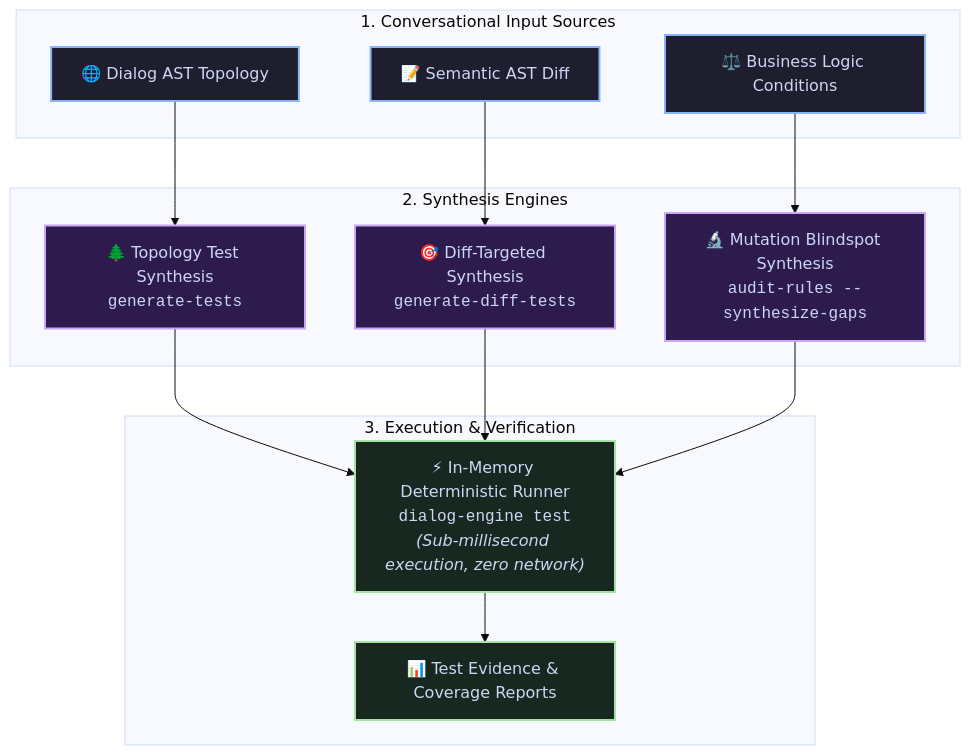
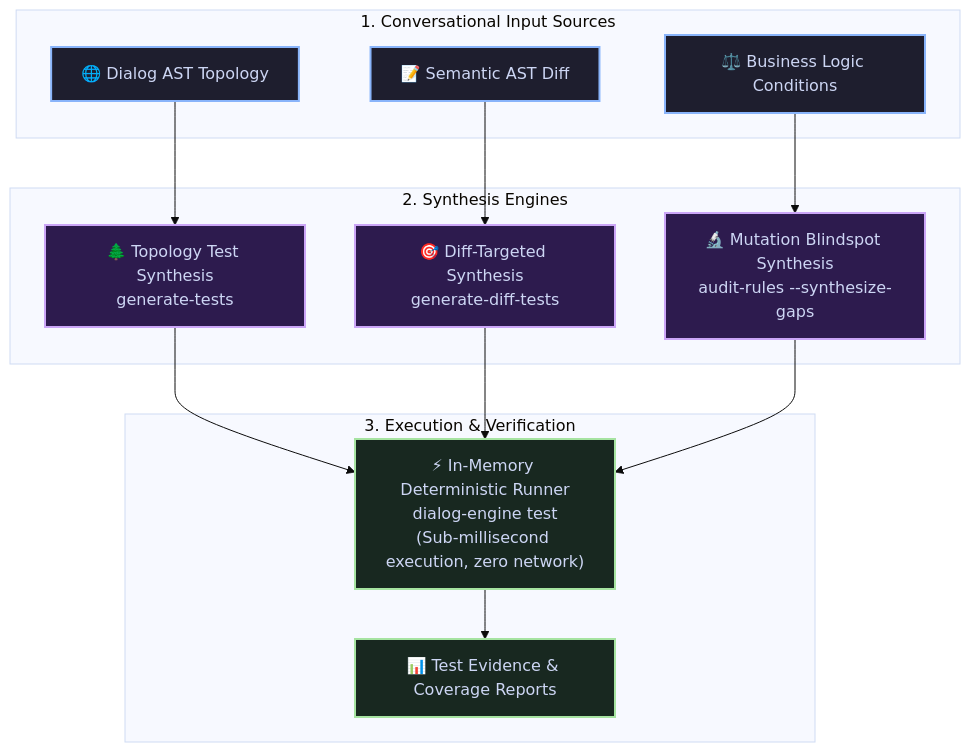
Before and after one commit to augusto-scarvalho/tare.tools.dialog-engine: the second of 3 diagrams in README.md, drawn with Mermaid (base theme). The commit also changed other lines of this file, not shown here.

Commit message:
fix(mermaid): sanitize HTML tags for GitHub Mermaid renderer

````diff
--- a/README.md
+++ b/README.md
@@ -244,37 +244,37 @@
 ```mermaid
 flowchart TD
     subgraph Sources ["1. Conversational Input Sources"]
         Topology["🌐 Dialog AST Topology"]
         Diff["📝 Semantic AST Diff"]
         Rules["⚖️ Business Logic Conditions"]
     end
 
     subgraph Engines ["2. Synthesis Engines"]
-        TopoGen["🌲 Topology Test Synthesis<br><code>generate-tests</code>"]
-        DiffGen["🎯 Diff-Targeted Synthesis<br><code>generate-diff-tests</code>"]
-        RuleAudit["🔬 Mutation Blindspot Synthesis<br><code>audit-rules --synthesize-gaps</code>"]
+        TopoGen["🌲 Topology Test Synthesis<br/>generate-tests"]
+        DiffGen["🎯 Diff-Targeted Synthesis<br/>generate-diff-tests"]
+        RuleAudit["🔬 Mutation Blindspot Synthesis<br/>audit-rules --synthesize-gaps"]
     end
 
     subgraph Runner ["3. Execution & Verification"]
-        RunnerCore["⚡ In-Memory Deterministic Runner<br><code>dialog-engine test</code><br><i>(Sub-millisecond execution, zero network)</i>"]
+        RunnerCore["⚡ In-Memory Deterministic Runner<br/>dialog-engine test<br/>(Sub-millisecond execution, zero network)"]
         Reports["📊 Test Evidence & Coverage Reports"]
     end
 
     Topology --> TopoGen
     Diff --> DiffGen
     Rules --> RuleAudit
 
     TopoGen --> RunnerCore
     DiffGen --> RunnerCore
     RuleAudit --> RunnerCore
 
     RunnerCore --> Reports
 
     classDef srcStyle fill:#1e1e2e,stroke:#89b4fa,stroke-width:2px,color:#cdd6f4;
     classDef engStyle fill:#2d1b4e,stroke:#cba6f7,stroke-width:2px,color:#cdd6f4;
     classDef runStyle fill:#182820,stroke:#a6e3a1,stroke-width:2px,color:#cdd6f4;
 
     class Topology,Diff,Rules srcStyle;
     class TopoGen,DiffGen,RuleAudit engStyle;
     class RunnerCore,Reports runStyle;
 ```
````
